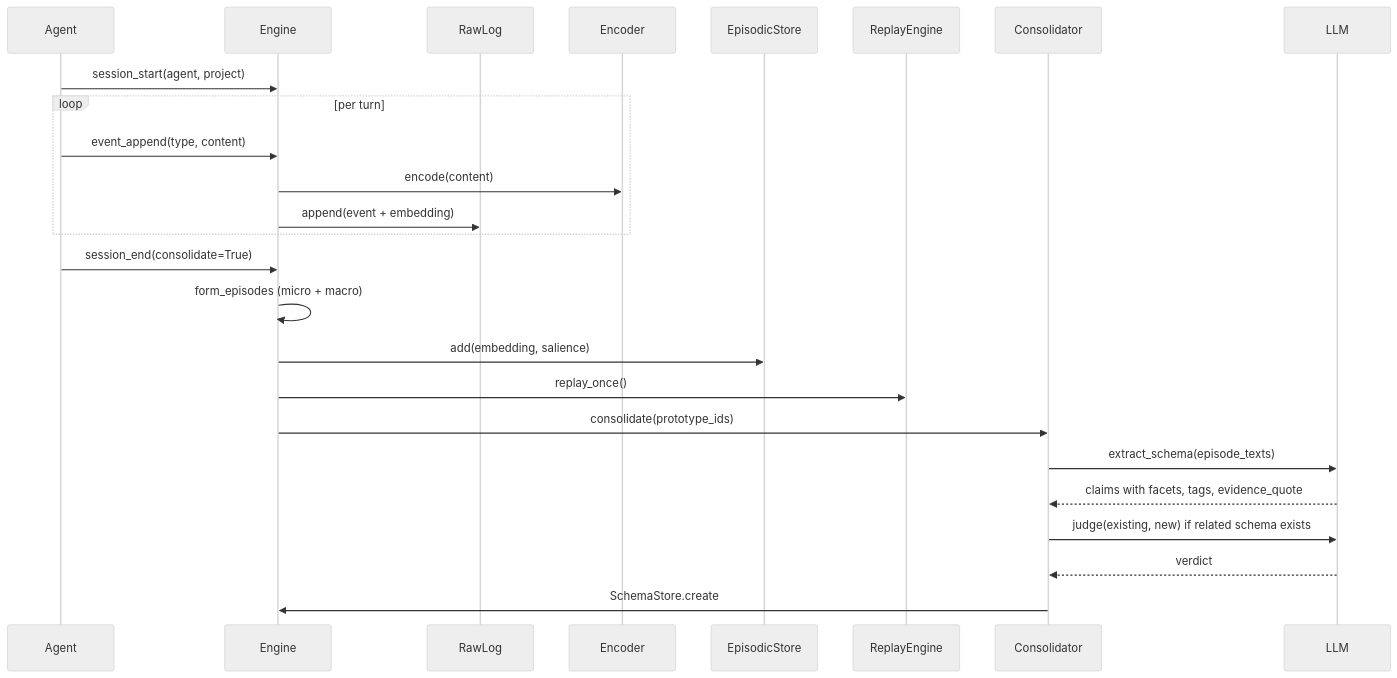
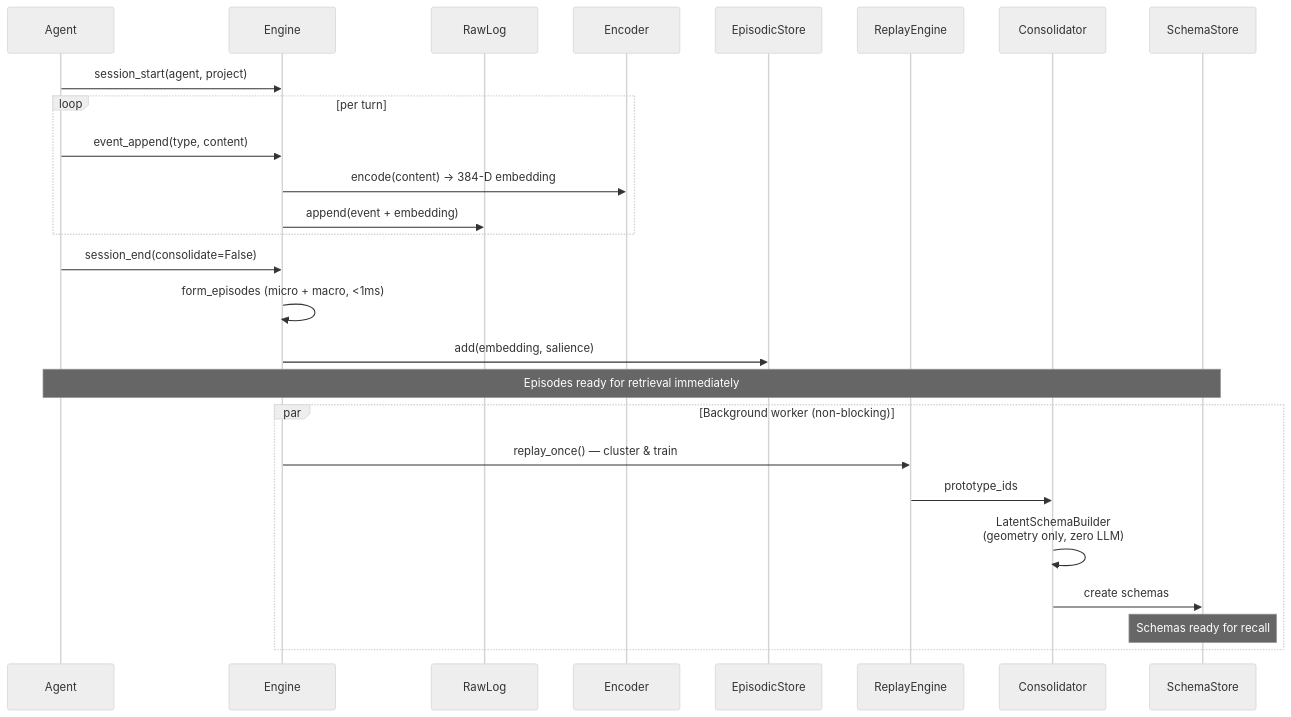
One commit to mrsalty/slowave changed the third of 16 diagrams in docs/architecture.md. Above: the diagram before and after it, drawn with Mermaid (neutral theme). The commit also changed other lines of this file, not shown here.

Commit message:
integrate architecture documentation

````diff
--- a/docs/architecture.md
+++ b/docs/architecture.md
@@ -141,28 +151,29 @@
 ```mermaid
 sequenceDiagram
     participant Agent
     participant Engine
     participant RawLog
     participant Encoder
     participant EpisodicStore
     participant ReplayEngine
     participant Consolidator
-    participant LLM
+    participant SchemaStore
 
     Agent->>Engine: session_start(agent, project)
     loop per turn
         Agent->>Engine: event_append(type, content)
-        Engine->>Encoder: encode(content)
+        Engine->>Encoder: encode(content) → 384-D embedding
         Engine->>RawLog: append(event + embedding)
     end
-    Agent->>Engine: session_end(consolidate=True)
-    Engine->>Engine: form_episodes (micro + macro)
+    Agent->>Engine: session_end(consolidate=False)
+    Engine->>Engine: form_episodes (micro + macro, <1ms)
     Engine->>EpisodicStore: add(embedding, salience)
-    Engine->>ReplayEngine: replay_once()
-    Engine->>Consolidator: consolidate(prototype_ids)
-    Consolidator->>LLM: extract_schema(episode_texts)
-    LLM-->>Consolidator: claims with facets, tags, evidence_quote
-    Consolidator->>LLM: judge(existing, new) if related schema exists
-    LLM-->>Consolidator: verdict
-    Consolidator->>Engine: SchemaStore.create
+    Note over Agent,SchemaStore: Episodes ready for retrieval immediately
+    par Background worker (non-blocking)
+        Engine->>ReplayEngine: replay_once() — cluster & train
+        ReplayEngine->>Consolidator: prototype_ids
+        Consolidator->>Consolidator: LatentSchemaBuilder<br/>(geometry only, zero LLM)
+        Consolidator->>SchemaStore: create schemas
+        Note over SchemaStore: Schemas ready for recall
+    end
 ```
````
